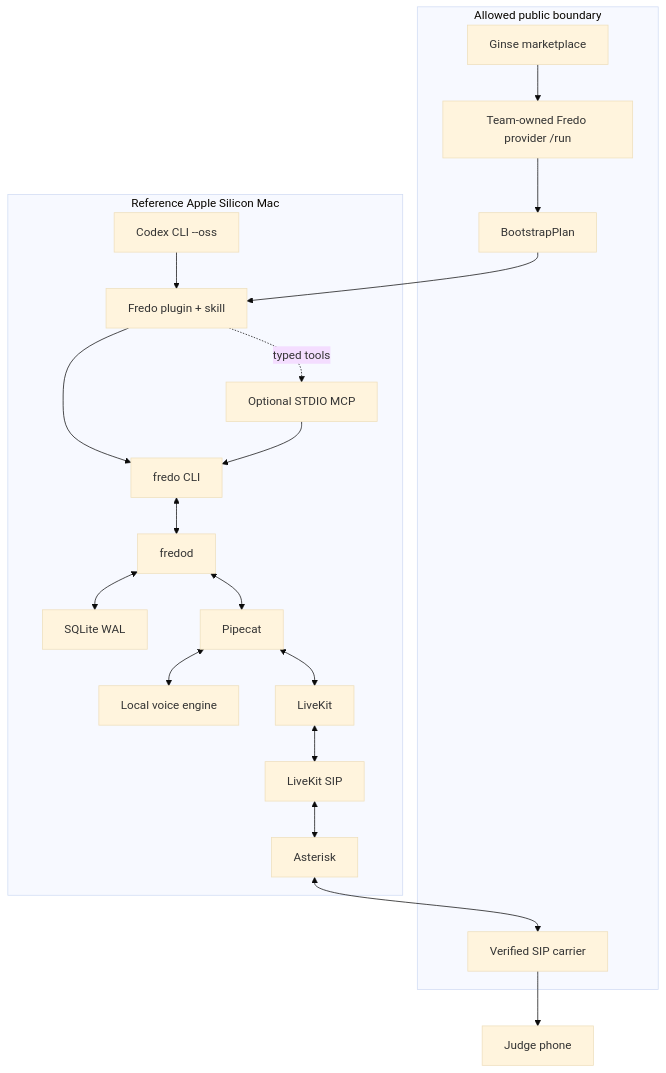
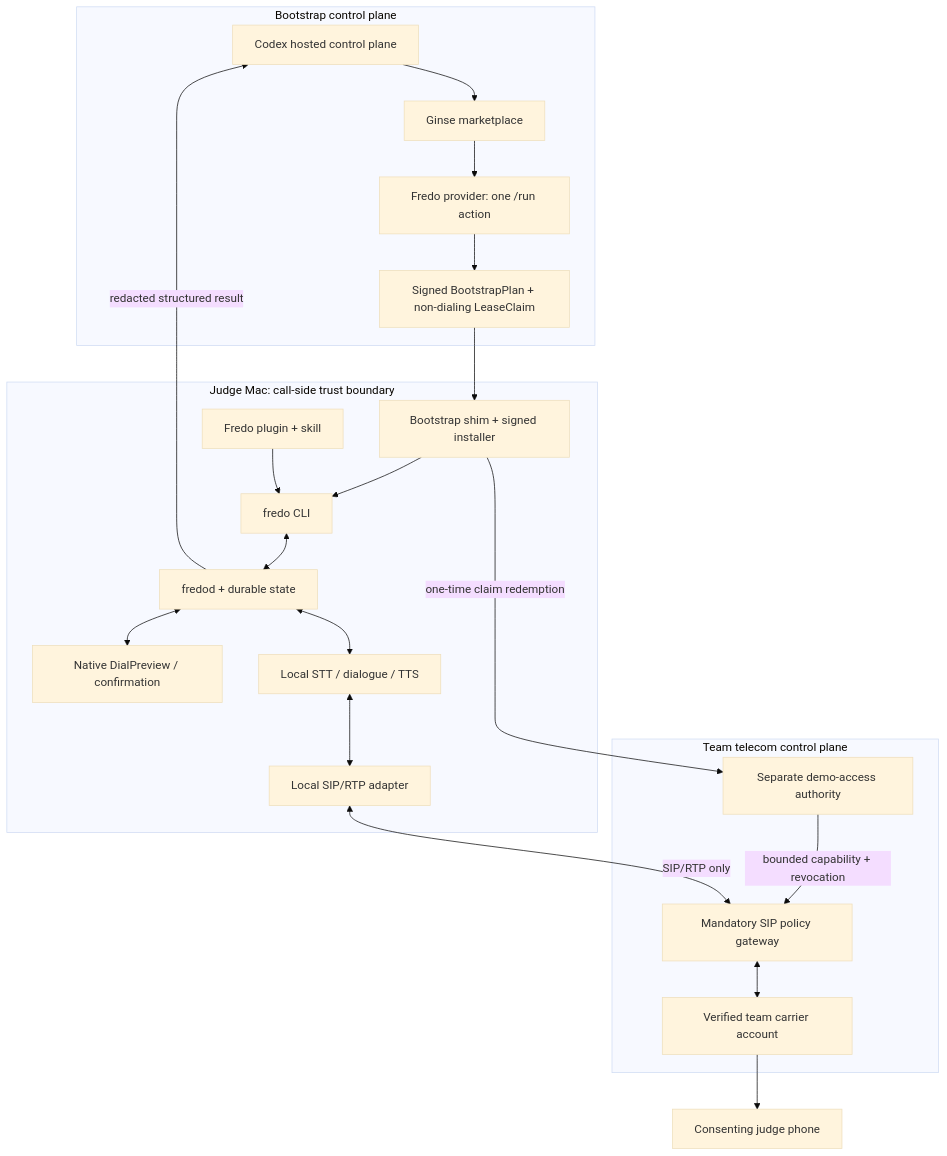
Before and after one commit to Caezarr/42hackathon: the first of 2 diagrams in docs/ARCHITECTURE.md, drawn with Mermaid (base theme). The commit also changed other lines of this file and 16 other files, not shown here.

Commit message:
Harden Fredo's one-prompt acceptance contract

````diff
--- a/docs/ARCHITECTURE.md
+++ b/docs/ARCHITECTURE.md
@@ -17,41 +22,43 @@
 ```mermaid
 flowchart TB
-    subgraph Public["Allowed public boundary"]
-      G["Ginse marketplace"]
-      R["Team-owned Fredo provider /run"]
-      GP["BootstrapPlan"]
-      CARRIER["Verified SIP carrier"]
-      G --> R
-      R --> GP
+    subgraph Control["Bootstrap control plane"]
+      CODEX["Codex hosted control plane"]
+      GINSE["Ginse marketplace"]
+      PROVIDER["Fredo provider: one /run action"]
+      PLAN["Signed BootstrapPlan + non-dialing LeaseClaim"]
+      CODEX --> GINSE
+      GINSE --> PROVIDER
+      PROVIDER --> PLAN
     end
 
-    subgraph Mac["Reference Apple Silicon Mac"]
-      C["Codex CLI --oss"]
-      PL["Fredo plugin + skill"]
-      MCP["Optional STDIO MCP"]
+    subgraph Mac["Judge Mac: call-side trust boundary"]
+      BOOT["Bootstrap shim + signed installer"]
+      PLUGIN["Fredo plugin + skill"]
       CLI["fredo CLI"]
-      D["fredod"]
-      DB["SQLite WAL"]
-      P["Pipecat"]
-      AI["Local voice engine"]
-      LK["LiveKit"]
-      LKSIP["LiveKit SIP"]
-      AST["Asterisk"]
+      UI["Native DialPreview / confirmation"]
+      DAEMON["fredod + durable state"]
+      AI["Local STT / dialogue / TTS"]
+      MEDIA["Local SIP/RTP adapter"]
 
-      C --> PL
-      PL --> CLI
-      PL -. typed tools .-> MCP
-      MCP --> CLI
-      CLI <--> D
-      D <--> DB
-      D <--> P
-      P <--> AI
-      P <--> LK
-      LK <--> LKSIP
-      LKSIP <--> AST
+      BOOT --> CLI
+      PLUGIN --> CLI
+      CLI <--> DAEMON
+      DAEMON <--> UI
+      DAEMON <--> AI
+      AI <--> MEDIA
     end
 
-    GP --> PL
-    AST <--> CARRIER
-    CARRIER --> PHONE["Judge phone"]
+    subgraph Telecom["Team telecom control plane"]
+      AUTH["Separate demo-access authority"]
+      GW["Mandatory SIP policy gateway"]
+      CARRIER["Verified team carrier account"]
+      AUTH -->|"bounded capability + revocation"| GW
+      GW <--> CARRIER
+    end
+
+    PLAN --> BOOT
+    BOOT -->|"one-time claim redemption"| AUTH
+    MEDIA <-->|"SIP/RTP only"| GW
+    CARRIER --> PHONE["Consenting judge phone"]
+    DAEMON -->|"redacted structured result"| CODEX
 ```
````
